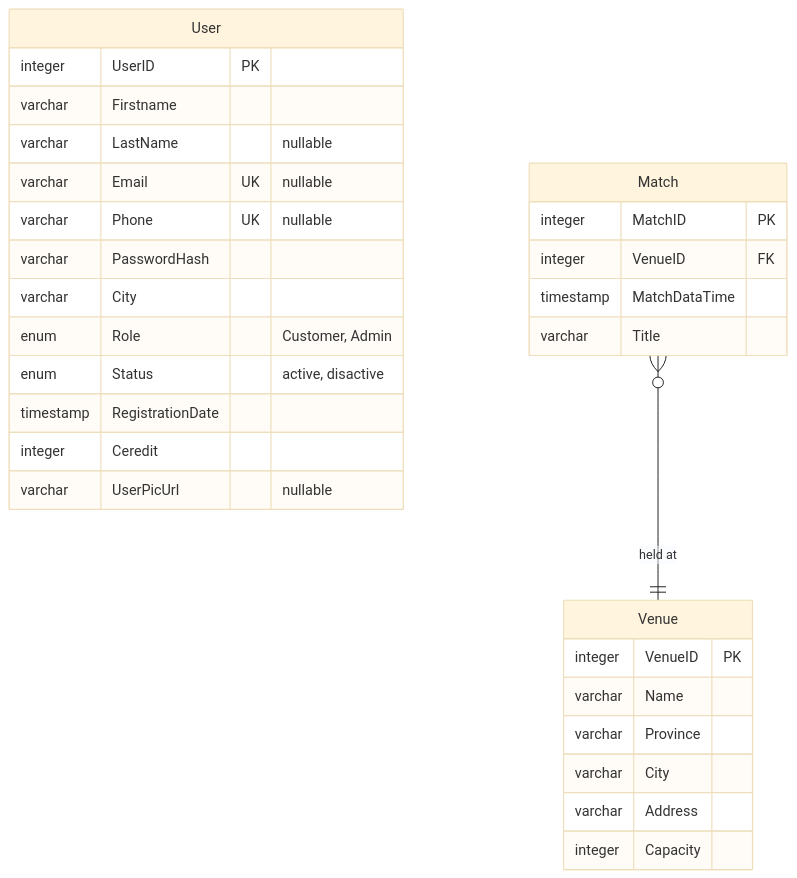
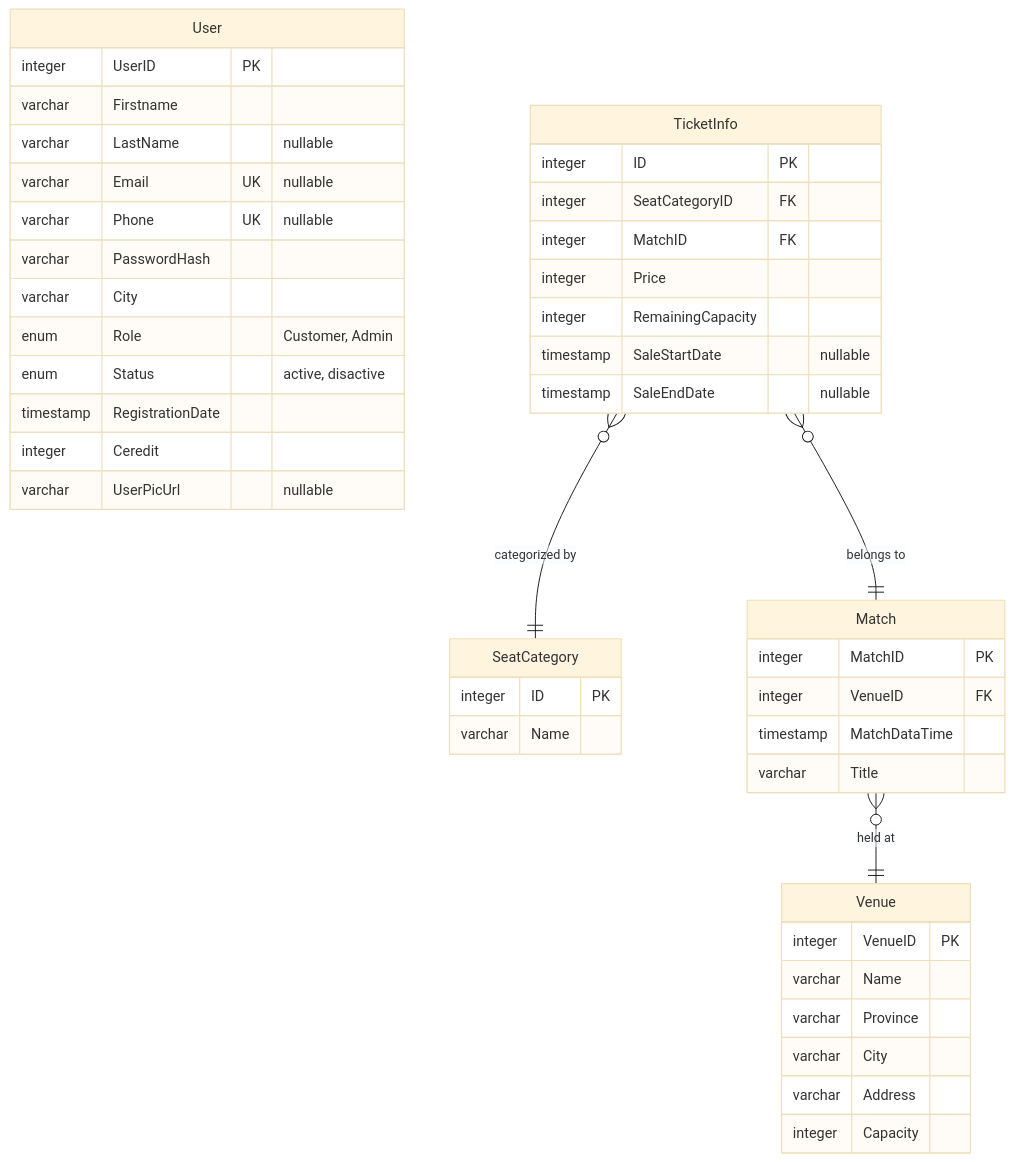
The diagram in sql.mmd (smhhd/BookTheGame), drawn with Mermaid (base theme) before and after one commit.

Commit message:
TicketInfo and SeatCategory tables are created for a bunch of seats

```diff
--- a/sql.mmd
+++ b/sql.mmd
@@ -1,34 +1,53 @@
 erDiagram
     User {
         integer UserID PK
         varchar Firstname
         varchar LastName "nullable"
         varchar Email UK "nullable"
         varchar Phone UK "nullable"
         varchar PasswordHash
         varchar City
         enum Role "Customer, Admin"
         enum Status "active, disactive"
         timestamp RegistrationDate
         integer Ceredit
         varchar UserPicUrl "nullable"
     }
+
+    TicketInfo {
+        integer ID PK
+        integer SeatCategoryID FK
+        integer MatchID FK
+        integer Price
+        integer RemainingCapacity
+        timestamp SaleStartDate "nullable"
+        timestamp SaleEndDate "nullable"
+    }
+
+    SeatCategory {
+        integer ID PK
+        varchar Name
+    }
+
     Match {
         integer MatchID PK
         integer VenueID FK
         timestamp MatchDataTime
         varchar Title
     }
     Venue {
         integer VenueID PK
         varchar Name
         varchar Province
         varchar City
         varchar Address
         integer Capacity
     }
 
 
 
     %% Relationships
+    TicketInfo }o--|| Match : "belongs to"
+    TicketInfo }o--|| SeatCategory : "categorized by"
+
     Match }o--|| Venue : "held at"
```
